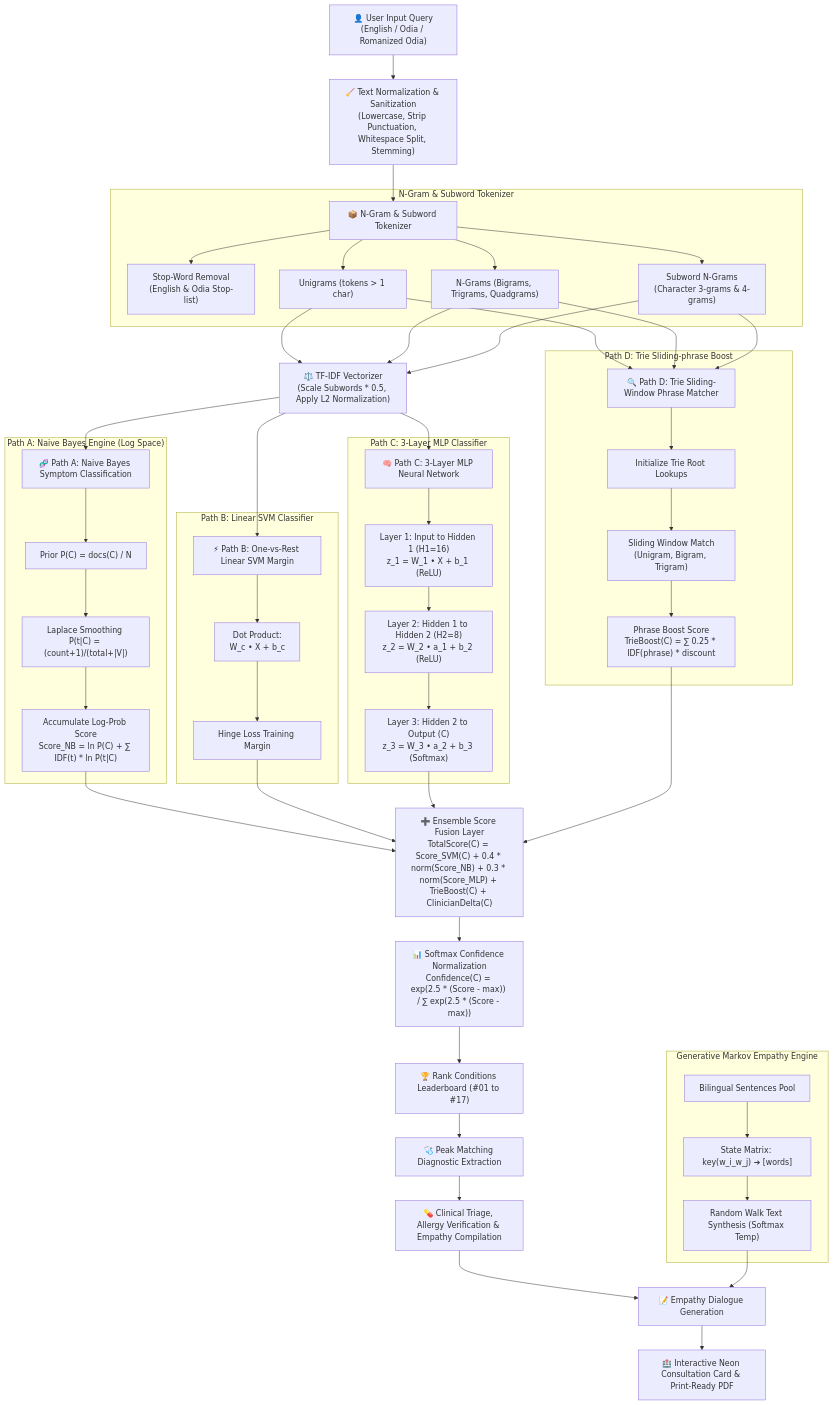
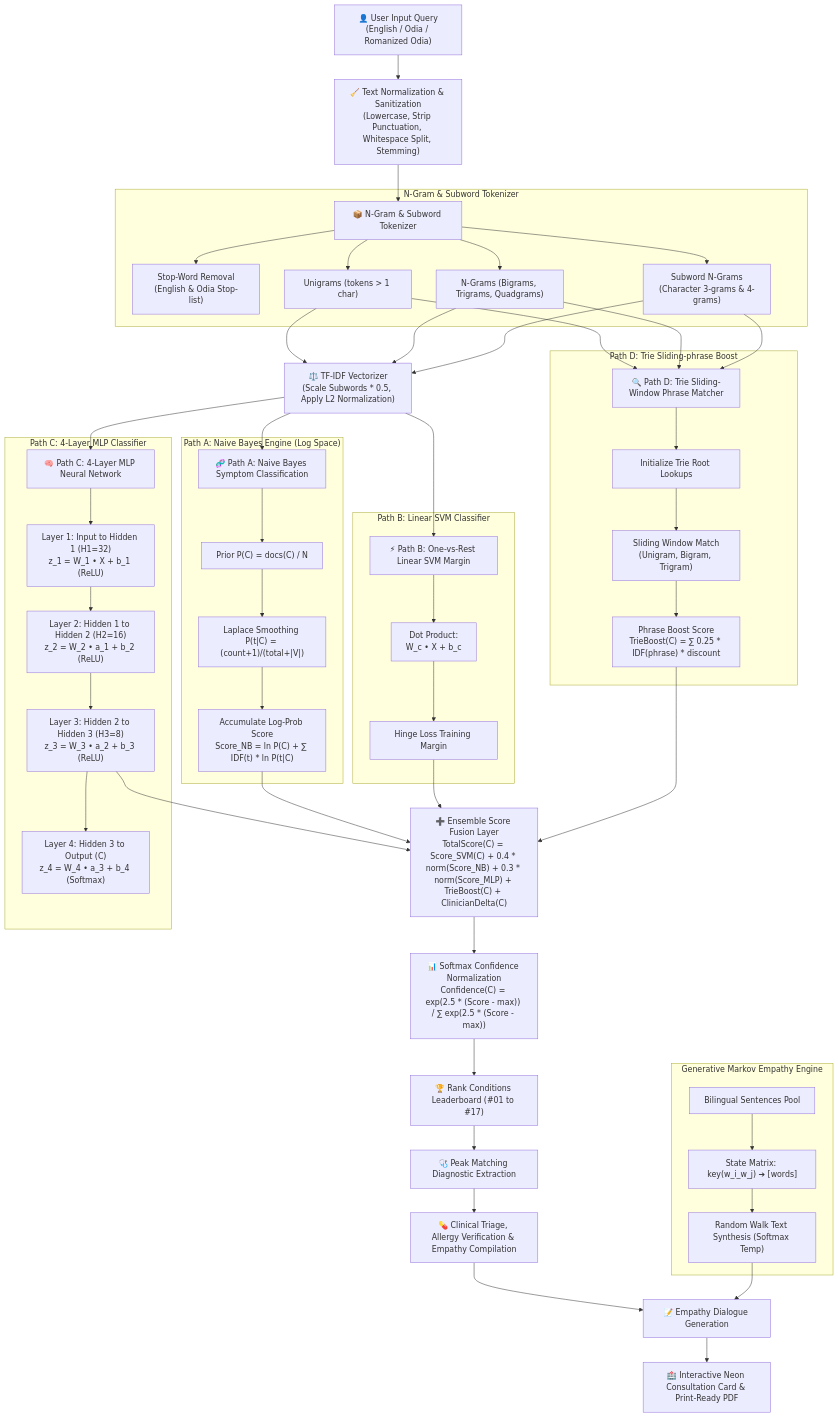
One commit to ramanuja-01/Raman-AI changed the second of 4 diagrams in README.md. Above: the diagram before and after it, drawn with Mermaid. The commit also changed other lines of this file, not shown here.

Commit message:
docs: document advanced clinical roadmap features in README.md

````diff
--- a/README.md
+++ b/README.md
@@ -184,80 +184,81 @@
 ```mermaid
 flowchart TD
     A["👤 User Input Query<br/>(English / Odia / Romanized Odia)"] --> B["🧹 Text Normalization & Sanitization<br/>(Lowercase, Strip Punctuation, Whitespace Split, Stemming)"]
     
     %% Tokenization
     B --> C["📦 N-Gram & Subword Tokenizer"]
     subgraph Tokenizer ["N-Gram & Subword Tokenizer"]
         C1["Stop-Word Removal<br/>(English & Odia Stop-list)"]
         C2["Unigrams (tokens > 1 char)"]
         C3["N-Grams (Bigrams, Trigrams, Quadgrams)"]
         C4["Subword N-Grams<br/>(Character 3-grams & 4-grams)"]
         C --> C1 & C2 & C3 & C4
     end
 
     %% Vectorization
     C2 & C3 & C4 --> VEC["⚖️ TF-IDF Vectorizer<br/>(Scale Subwords * 0.5, Apply L2 Normalization)"]
 
     %% Inference Paths
     VEC --> D1["🧬 Path A: Naive Bayes Symptom Classification"]
     VEC --> D2["⚡ Path B: One-vs-Rest Linear SVM Margin"]
-    VEC --> D3["🧠 Path C: 3-Layer MLP Neural Network"]
+    VEC --> D3["🧠 Path C: 4-Layer MLP Neural Network"]
     C2 & C3 & C4 --> D4["🔍 Path D: Trie Sliding-Window Phrase Matcher"]
 
     %% Naive Bayes Details
     subgraph NB ["Path A: Naive Bayes Engine (Log Space)"]
         NB1["Prior P(C) = docs(C) / N"]
         NB2["Laplace Smoothing P(t|C) = (count+1)/(total+|V|)"]
         NB3["Accumulate Log-Prob Score<br/>Score_NB = ln P(C) + ∑ IDF(t) * ln P(t|C)"]
         D1 --> NB1 --> NB2 --> NB3
     end
 
     %% SVM Details
     subgraph SVM ["Path B: Linear SVM Classifier"]
         SVM1["Dot Product:<br/>W_c • X + b_c"]
         SVM2["Hinge Loss Training Margin"]
         D2 --> SVM1 --> SVM2
     end
 
     %% MLP Details
-    subgraph MLP ["Path C: 3-Layer MLP Classifier"]
-        MLP1["Layer 1: Input to Hidden 1 (H1=16)<br/>z_1 = W_1 • X + b_1 (ReLU)"]
-        MLP2["Layer 2: Hidden 1 to Hidden 2 (H2=8)<br/>z_2 = W_2 • a_1 + b_2 (ReLU)"]
-        MLP3["Layer 3: Hidden 2 to Output (C)<br/>z_3 = W_3 • a_2 + b_3 (Softmax)"]
-        D3 --> MLP1 --> MLP2 --> MLP3
+    subgraph MLP ["Path C: 4-Layer MLP Classifier"]
+        MLP1["Layer 1: Input to Hidden 1 (H1=32)<br/>z_1 = W_1 • X + b_1 (ReLU)"]
+        MLP2["Layer 2: Hidden 1 to Hidden 2 (H2=16)<br/>z_2 = W_2 • a_1 + b_2 (ReLU)"]
+        MLP3["Layer 3: Hidden 2 to Hidden 3 (H3=8)<br/>z_3 = W_3 • a_2 + b_3 (ReLU)"]
+        MLP4["Layer 4: Hidden 3 to Output (C)<br/>z_4 = W_4 • a_3 + b_4 (Softmax)"]
+        D3 --> MLP1 --> MLP2 --> MLP3 --> MLP4
     end
 
     %% Trie Matching Details
     subgraph TriePath ["Path D: Trie Sliding-phrase Boost"]
         TR1["Initialize Trie Root Lookups"]
         TR2["Sliding Window Match<br/>(Unigram, Bigram, Trigram)"]
         TR3["Phrase Boost Score<br/>TrieBoost(C) = ∑ 0.25 * IDF(phrase) * discount"]
         D4 --> TR1 --> TR2 --> TR3
     end
 
     %% Score Merging
     NB3 & SVM2 & MLP3 & TR3 --> E["➕ Ensemble Score Fusion Layer<br/>TotalScore(C) = Score_SVM(C) + 0.4 * norm(Score_NB) + 0.3 * norm(Score_MLP) + TrieBoost(C) + ClinicianDelta(C)"]
     
     %% Classification output
     E --> F["📊 Softmax Confidence Normalization<br/>Confidence(C) = exp(2.5 * (Score - max)) / ∑ exp(2.5 * (Score - max))"]
     
     %% Outputs
     F --> G["🏆 Rank Conditions Leaderboard (#01 to #17)"]
     G --> H["🩺 Peak Matching Diagnostic Extraction"]
     
     %% Side panel / UI integration
     H --> I["💊 Clinical Triage, Allergy Verification & Empathy Compilation"]
     
     %% Markov synthesis
     subgraph Markov ["Generative Markov Empathy Engine"]
         M1["Bilingual Sentences Pool"]
         M2["State Matrix: key(w_i_w_j) ➔ [words]"]
         M3["Random Walk Text Synthesis (Softmax Temp)"]
         M1 --> M2 --> M3
     end
     
     I --> J["📝 Empathy Dialogue Generation"]
     M3 --> J
     
     J --> K["🏥 Interactive Neon Consultation Card & Print-Ready PDF"]
 ```
````
